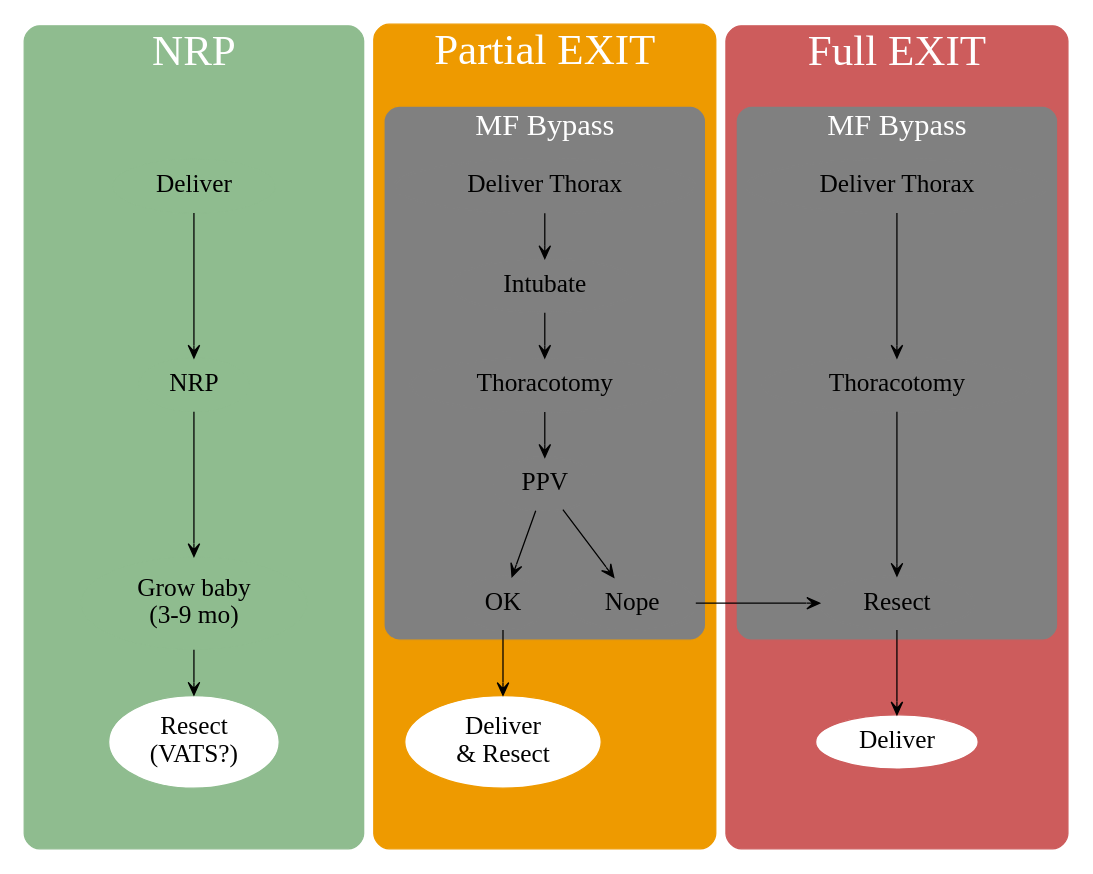
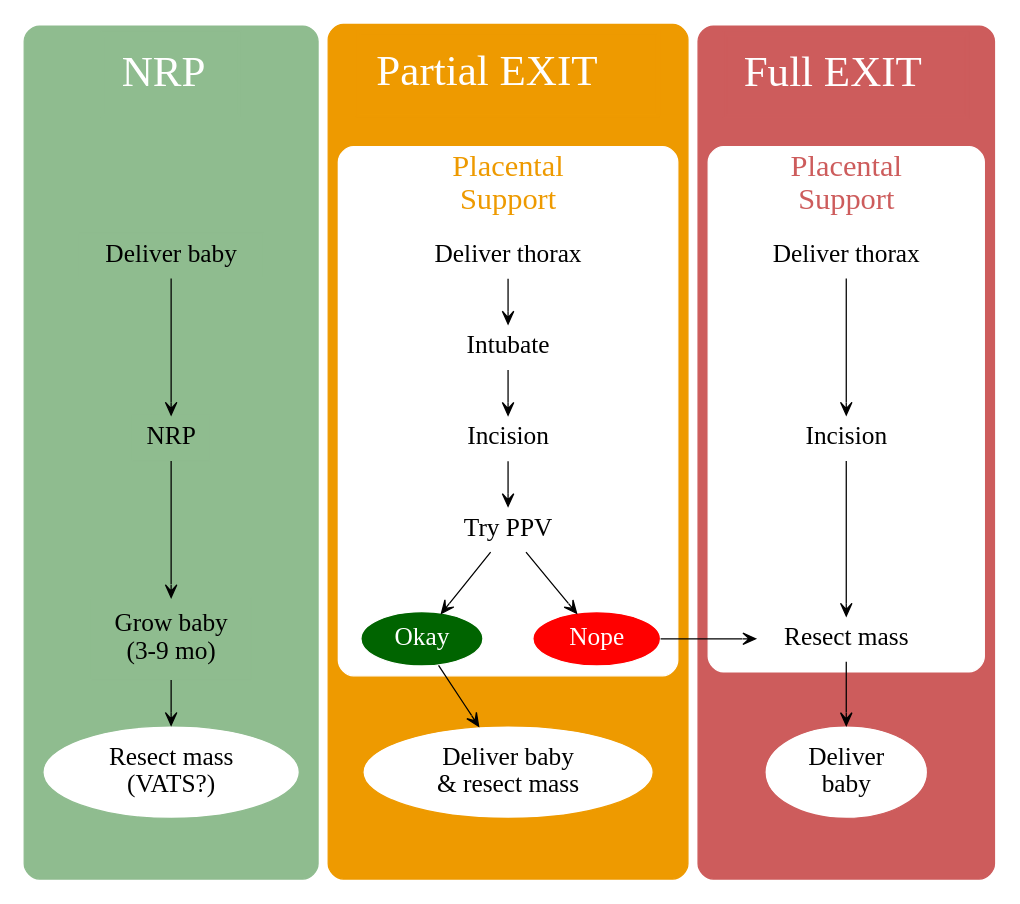
One commit to mdtsandman/CLO changed the diagram in texas.dot. Above: the diagram before and after it, drawn with Graphviz. The commit also changed 5 other files, not shown here.

```diff
--- a/texas.dot
+++ b/texas.dot
@@ -1,121 +1,125 @@
 digraph Texas {
 
 newrank=true;
 rankdir=TB;
 compound=true;
 center=true;
 
 node [fontsize=20];
 edge [arrowhead=vee];
 
 subgraph clusterNRP {
 
-	label="NRP";
+	label=<<TABLE CELLPADDING="12"><TR><TD>NRP</TD></TR></TABLE>>;
 	fontsize=34;
 	fontcolor="white";
 	style="rounded";	
 	color=darkseagreen;
 	bgcolor=darkseagreen;
 	
-	node [color=darkseagreen];
+	node [shape=box color=darkseagreen];
 
-	TopNRP [label="" shape=box fixedwidth=true width=3.5 height=0 style=invis];
-	StandardDelivery [label="Deliver"];
+	TopNRP [label="" shape=box fixedwidth=true width=3.0 height=0 style=invis];
+	StandardDelivery [label="Deliver baby"];
 	NRP [label=NRP];
 	Delay [label="Grow baby\n(3-9 mo)" height=0.9];
-	VATS [label="Resect\n(VATS?)" style=filled fillcolor=white color=darkseagreen];
+	VATS [label="Resect mass\n(VATS?)" shape=ellipse style=filled fillcolor=white color=darkseagreen];
 	BottomNRP [label="" shape=point style=invis];
 	
 	TopNRP -> StandardDelivery [style=invis];
 	StandardDelivery -> NRP -> Delay -> VATS
 	VATS -> BottomNRP [style=invis];
 
 }
 
-subgraph clusterExterior {
+subgraph clusterPartialEXIT {
 
-	label="Partial EXIT"
+	label=<<TABLE CELLPADDING="12"><TR><TD>Partial EXIT</TD></TR></TABLE>>;
 	fontsize=34;
 	fontcolor="white";
 	style=rounded;
 	color= orange2;
 	bgcolor= orange2;
 
-	node [color=grey];
+	node [shape=box color=white];
 
 	TopExt [label="" shape=point style=invis];
 
 	subgraph clusterMFB {
 	
-		label="MF Bypass";
+		label="Placental\nSupport";
+		fontcolor=orange2;	
 		fontsize=24;
-		color=orange2;
-		bgcolor=grey;
+		color=white;
+		bgcolor=white;
 
-		DeliverTop [label="Deliver Thorax"];
+		DeliverTop [label="Deliver thorax" fixedsize=true width=3.5];
 		ETT [label="Intubate"];
-		Cut [label="Thoracotomy"];
-		PPV [label="PPV"];
-		OK [label="OK"];
-		Nope [label="Nope"];
+		Cut [label="Incision"];
+		PPV [label="Try PPV"];
+		OK [label="Okay" shape=ellipse style=filled color=white fillcolor=darkgreen fontcolor=white];
+		Dummy [label="" shape=point style=invis];
+		Nope [label="Nope" shape=ellipse style=filled color=white fillcolor=red fontcolor=white];
 		DeliverTop -> ETT -> Cut -> PPV -> {Nope OK};
 
 	}
 
-	DeliverBottom [label="Deliver\n& Resect" style=filled fillcolor=white color=orange2];
+	DeliverBottom [label="Deliver baby\n& resect mass" shape=ellipse style=filled fillcolor=white color=orange2];
 	BottomExt [label="" shape=point style=invis];
 	
 	TopExt -> DeliverTop [style=invis];
 	OK -> DeliverBottom;
 	DeliverBottom -> BottomExt [style=invis];
 	
 }
 
-subgraph clusterEXIT {
+subgraph clusterFullEXIT {
 
-	label="Full EXIT";
+	label=<<TABLE CELLPADDING="12"><TR><TD>Full EXIT</TD></TR></TABLE>>;
 	fontsize=34;
 	fontcolor="white";
 	style=rounded;
 	color=indianred;
 	bgcolor=indianred;
 
-	node [color=grey];
+	node [shape=box color=white];
 	
-	TopEXIT [label="" shape=box fixedwidth=true width=3.5 height=0 style=invis];
+	TopEXIT [label="" shape=box fixedwidth=true width=3 height=0 style=invis];
 
 	subgraph clusterMFB2 {
 	
-		label="MF Bypass";
+		label="Placental\nSupport";
+		fontcolor=indianred;
 		fontsize=24;
-		color=indianred;
-		bgcolor=grey;
+		color=white;
+		bgcolor=white;
 
-		DeliverTop2 [label="Deliver Thorax"];
-		Cut2 [label="Thoracotomy"];
-		ResectMFB [label="Resect"];
+		DeliverTop2 [label="Deliver thorax" fixedsize=true width=2.8];
+		Cut2 [label="Incision"];
+		ResectMFB [label="Resect mass"];
 		DeliverTop2 -> Cut2 -> ResectMFB[weight=100];
 
 	}
 
-	DeliverBottom2 [label="Deliver" style=filled fillcolor=white color=indianred];
+	DeliverBottom2 [label="Deliver\nbaby" shape=ellipse style=filled fillcolor=white color=indianred];
 	BottomEXIT [label="" shape=point style=invis];
 	
 	TopEXIT -> DeliverTop2 [style=invis];
 	ResectMFB -> DeliverBottom2[weight=100];
 	DeliverBottom2 -> BottomEXIT [style=invis];
 
 }
 
-Nope -> ResectMFB;
 
 { rank=same TopNRP TopExt TopEXIT }
 { rank=same StandardDelivery DeliverTop DeliverTop2 }
 { rank=same NRP Cut Cut2 }
-{ rank=same Delay OK Nope ResectMFB }
+{ rank=same Delay OK Dummy Nope ResectMFB }
 { rank=same VATS DeliverBottom DeliverBottom2 }
 { rank=same BottomNRP BottomExt BottomEXIT }
 
 TopNRP -> TopExt -> TopEXIT [style=invis];
+Nope -> ResectMFB [constraint=false];
+PPV -> Dummy -> DeliverBottom [weight=10 style=invis];
 
 }
```
